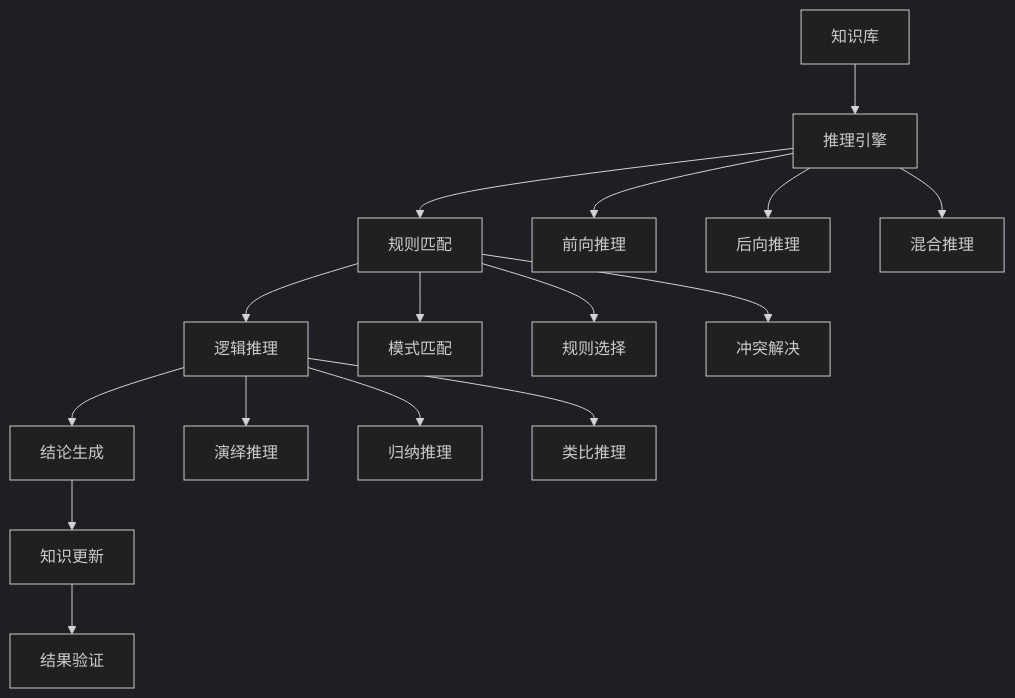
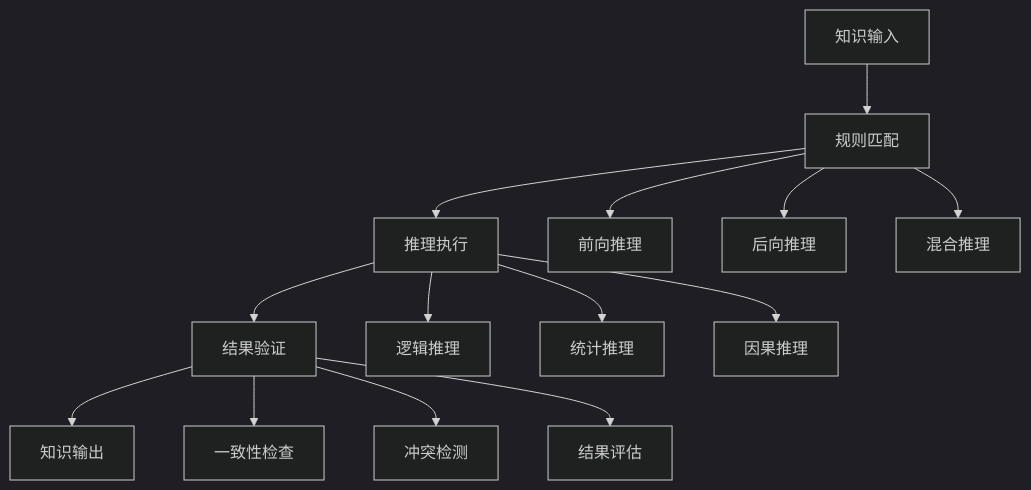
Before and after one commit to AdaMartin18010/KnowledgeGraph: the diagram in docs/06-reasoning-systems/README.md, drawn with Mermaid (dark theme). The commit also changed other lines of this file and 6 other files, not shown here.

````diff
--- a/docs/06-reasoning-systems/README.md
+++ b/docs/06-reasoning-systems/README.md
@@ -84,21 +83,19 @@
 ```mermaid
 graph TD
-    A[知识库] --> B[推理引擎]
-    B --> C[规则匹配]
-    C --> D[逻辑推理]
-    D --> E[结论生成]
-    E --> F[知识更新]
-    F --> G[结果验证]
+    A[知识输入] --> B[规则匹配]
+    B --> C[推理执行]
+    C --> D[结果验证]
+    D --> E[知识输出]
     
     B --> B1[前向推理]
     B --> B2[后向推理]
     B --> B3[混合推理]
     
-    C --> C1[模式匹配]
-    C --> C2[规则选择]
-    C --> C3[冲突解决]
+    C --> C1[逻辑推理]
+    C --> C2[统计推理]
+    C --> C3[因果推理]
     
-    D --> D1[演绎推理]
-    D --> D2[归纳推理]
-    D --> D3[类比推理]
+    D --> D1[一致性检查]
+    D --> D2[冲突检测]
+    D --> D3[结果评估]
 ```
````
